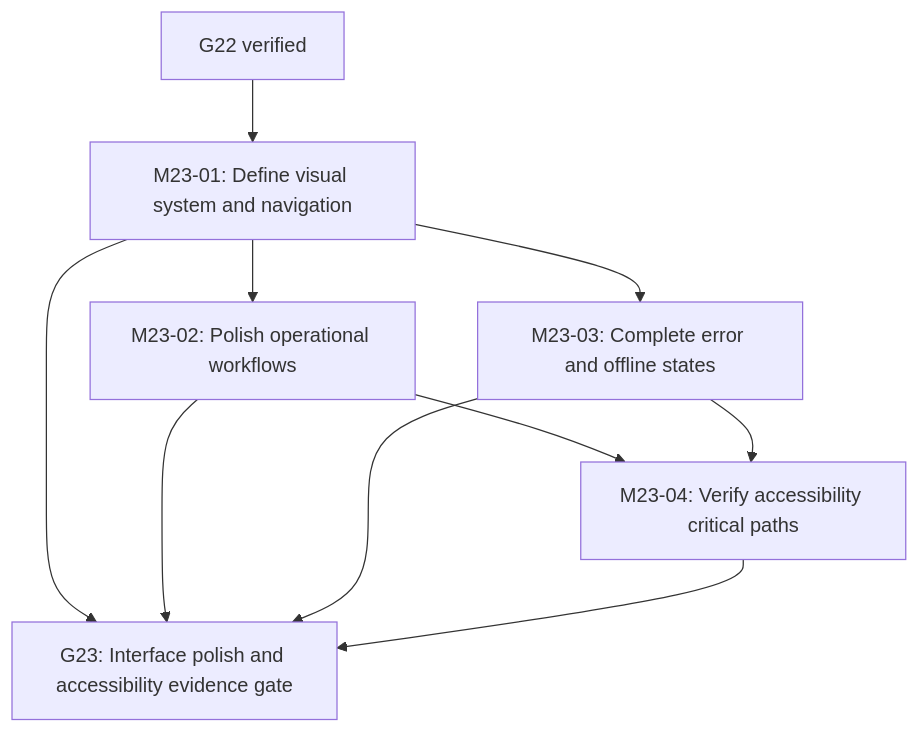
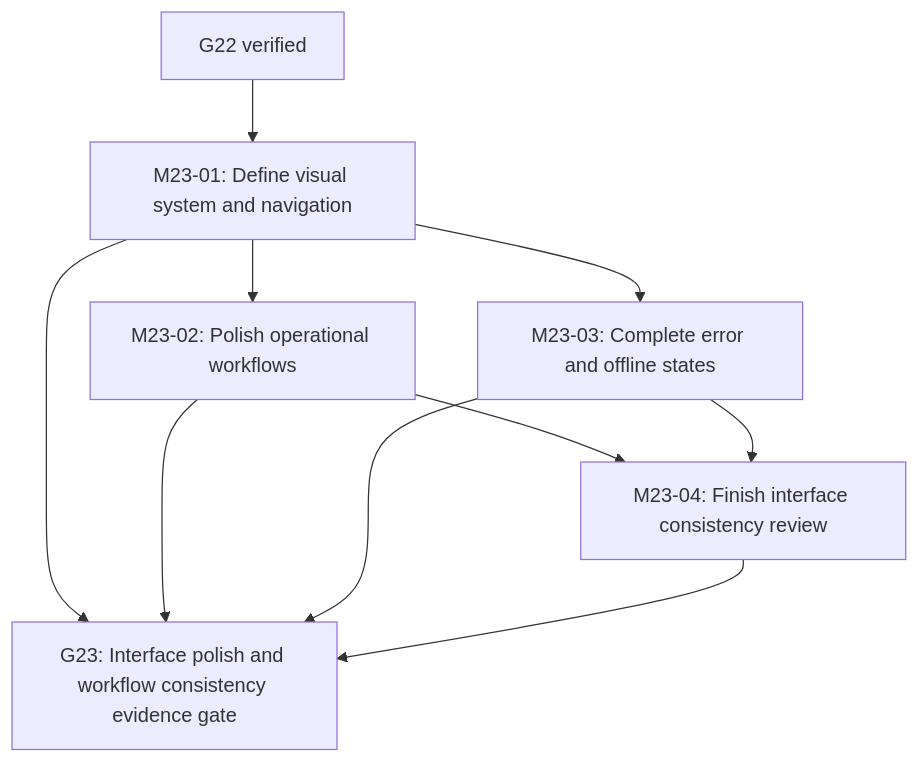
Diagram 31 of 32 in docs/EXECUTION_GRAPH.md (ekamal22/HarborOps-Enterprise-Maritime-Logistics-IT-Operations-Platform), drawn with Mermaid before and after one commit. The commit also changed other lines of this file, not shown here.

Commit message:
Move accessibility audit to final M24 execution graph gate

````diff
--- a/docs/EXECUTION_GRAPH.md
+++ b/docs/EXECUTION_GRAPH.md
@@ -940,18 +940,18 @@
 ```mermaid
 flowchart TD
   M23_01["M23-01: Define visual system and navigation"]
   M23_02["M23-02: Polish operational workflows"]
   M23_03["M23-03: Complete error and offline states"]
-  M23_04["M23-04: Verify accessibility critical paths"]
-  G23["G23: Interface polish and accessibility evidence gate"]
+  M23_04["M23-04: Finish interface consistency review"]
+  G23["G23: Interface polish and workflow consistency evidence gate"]
   G22["G22 verified"]
   G22 --> M23_01
   M23_01 --> M23_02
   M23_01 --> M23_03
   M23_02 --> M23_04
   M23_03 --> M23_04
   M23_01 --> G23
   M23_02 --> G23
   M23_03 --> G23
   M23_04 --> G23
 ```
````
